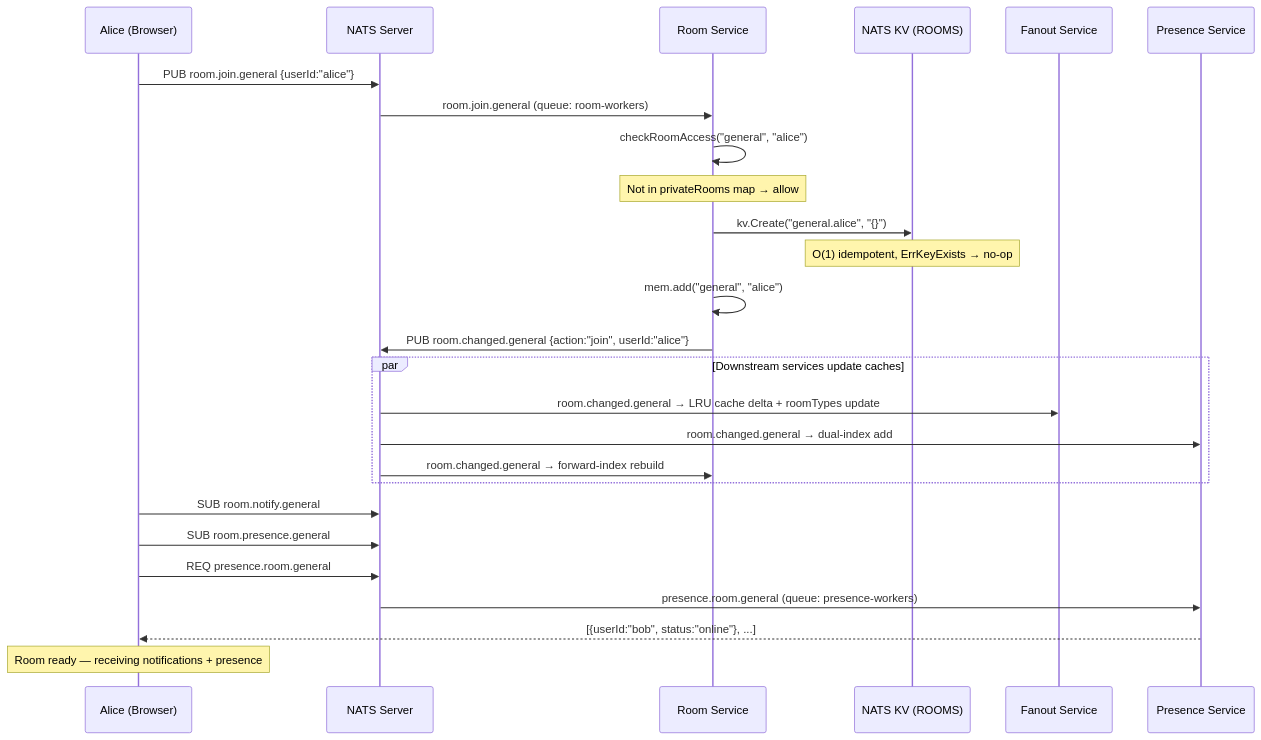
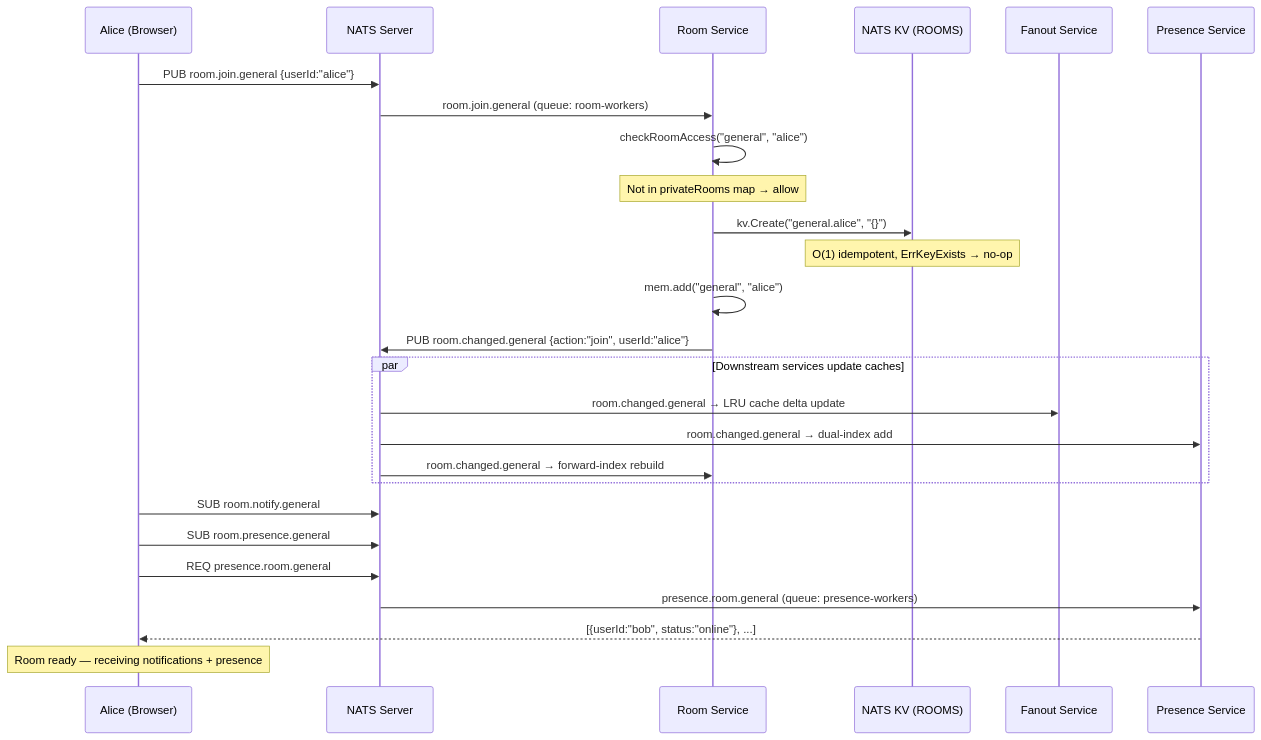
One commit to julianshen/nats-chat-keycloak changed the fourth of 16 diagrams in docs/plans/2026-02-25-room-subscription-design.md. Above: the diagram before and after it, drawn with Mermaid. The commit also changed other lines of this file, not shown here.

First line of the commit message:
Update room subscription design doc to match current implementation

````diff
--- a/docs/plans/2026-02-25-room-subscription-design.md
+++ b/docs/plans/2026-02-25-room-subscription-design.md
@@ -179,36 +175,36 @@
 ```mermaid
 sequenceDiagram
     participant Browser as Alice (Browser)
     participant NATS as NATS Server
     participant RoomSvc as Room Service
     participant KV as NATS KV (ROOMS)
     participant Fanout as Fanout Service
     participant Presence as Presence Service
 
     Browser->>NATS: PUB room.join.general {userId:"alice"}
     NATS->>RoomSvc: room.join.general (queue: room-workers)
 
     RoomSvc->>RoomSvc: checkRoomAccess("general", "alice")
     Note over RoomSvc: Not in privateRooms map → allow
 
     RoomSvc->>KV: kv.Create("general.alice", "{}")
     Note over KV: O(1) idempotent, ErrKeyExists → no-op
 
     RoomSvc->>RoomSvc: mem.add("general", "alice")
     RoomSvc->>NATS: PUB room.changed.general {action:"join", userId:"alice"}
 
     par Downstream services update caches
-        NATS->>Fanout: room.changed.general → LRU cache delta + roomTypes update
+        NATS->>Fanout: room.changed.general → LRU cache delta update
         NATS->>Presence: room.changed.general → dual-index add
         NATS->>RoomSvc: room.changed.general → forward-index rebuild
     end
 
     Browser->>NATS: SUB room.notify.general
     Browser->>NATS: SUB room.presence.general
 
     Browser->>NATS: REQ presence.room.general
     NATS->>Presence: presence.room.general (queue: presence-workers)
     Presence-->>Browser: [{userId:"bob", status:"online"}, ...]
 
     Note over Browser: Room ready — receiving notifications + presence
 ```
````
